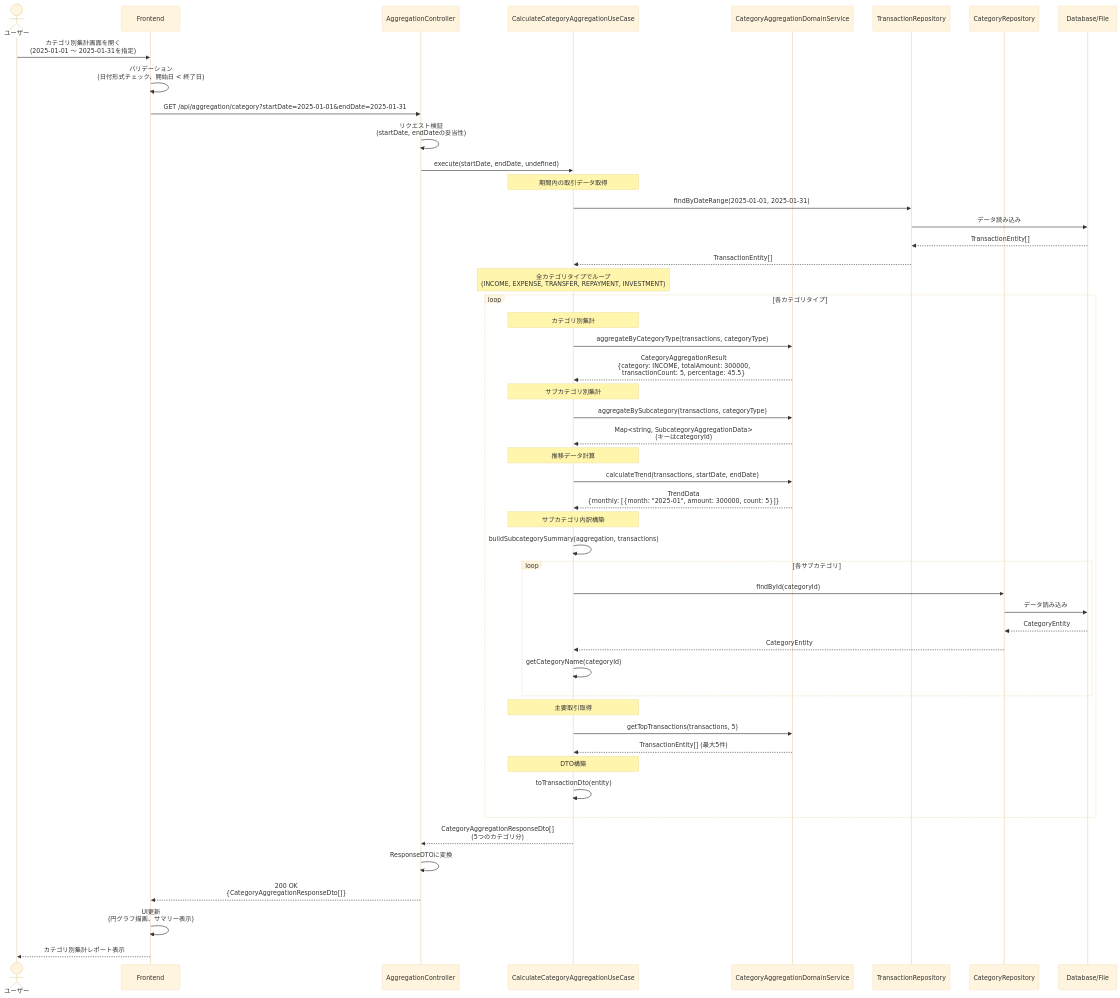
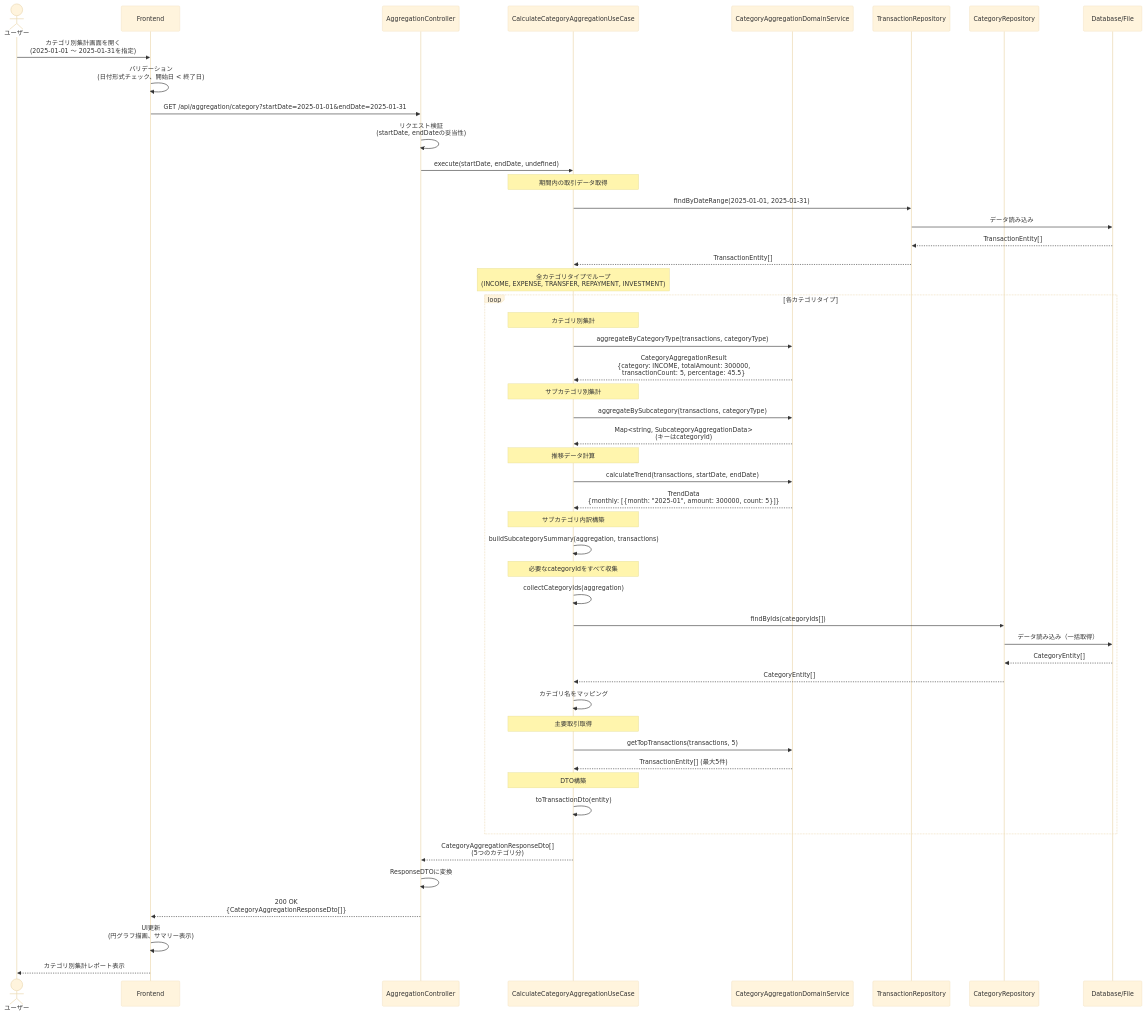
Before and after one commit to kencom2400/account-book: the first of 5 diagrams in docs/detailed-design/FR-018_category-aggregation/sequence-diagrams.md, drawn with Mermaid (base theme). The commit also changed other lines of this file, not shown here.

Commit message:
docs: Gemini指摘対応 - N+1問題を解決するためfindByIdsメソッドを追加
シーケンス図でサブカテゴリごとにfindByIdを呼び出していたN+1問題を解決。
ICategoryRepositoryにfindByIdsメソッドを追加し、必要なcategoryIdを一括取得する方式に変更。

Issue: #47

````diff
--- a/docs/detailed-design/FR-018_category-aggregation/sequence-diagrams.md
+++ b/docs/detailed-design/FR-018_category-aggregation/sequence-diagrams.md
@@ -34,63 +34,63 @@
 ```mermaid
 sequenceDiagram
     actor User as ユーザー
     participant FE as Frontend
     participant API as AggregationController
     participant UC as CalculateCategoryAggregationUseCase
     participant DS as CategoryAggregationDomainService
     participant TRepo as TransactionRepository
     participant CRepo as CategoryRepository
     participant DB as Database/File
 
     User->>FE: カテゴリ別集計画面を開く<br/>(2025-01-01 〜 2025-01-31を指定)
     FE->>FE: バリデーション<br/>(日付形式チェック、開始日 < 終了日)
     FE->>API: GET /api/aggregation/category?startDate=2025-01-01&endDate=2025-01-31
 
     API->>API: リクエスト検証<br/>(startDate, endDateの妥当性)
     API->>UC: execute(startDate, endDate, undefined)
 
     Note over UC: 期間内の取引データ取得
     UC->>TRepo: findByDateRange(2025-01-01, 2025-01-31)
     TRepo->>DB: データ読み込み
     DB-->>TRepo: TransactionEntity[]
     TRepo-->>UC: TransactionEntity[]
 
     Note over UC: 全カテゴリタイプでループ<br/>(INCOME, EXPENSE, TRANSFER, REPAYMENT, INVESTMENT)
     loop 各カテゴリタイプ
         Note over UC: カテゴリ別集計
         UC->>DS: aggregateByCategoryType(transactions, categoryType)
         DS-->>UC: CategoryAggregationResult<br/>{category: INCOME, totalAmount: 300000,<br/>transactionCount: 5, percentage: 45.5}
 
         Note over UC: サブカテゴリ別集計
         UC->>DS: aggregateBySubcategory(transactions, categoryType)
         DS-->>UC: Map<string, SubcategoryAggregationData><br/>(キーはcategoryId)
 
         Note over UC: 推移データ計算
         UC->>DS: calculateTrend(transactions, startDate, endDate)
         DS-->>UC: TrendData<br/>{monthly: [{month: "2025-01", amount: 300000, count: 5}]}
 
         Note over UC: サブカテゴリ内訳構築
         UC->>UC: buildSubcategorySummary(aggregation, transactions)
-        loop 各サブカテゴリ
-            UC->>CRepo: findById(categoryId)
-            CRepo->>DB: データ読み込み
-            DB-->>CRepo: CategoryEntity
-            CRepo-->>UC: CategoryEntity
-            UC->>UC: getCategoryName(categoryId)
-        end
+        Note over UC: 必要なcategoryIdをすべて収集
+        UC->>UC: collectCategoryIds(aggregation)
+        UC->>CRepo: findByIds(categoryIds[])
+        CRepo->>DB: データ読み込み（一括取得）
+        DB-->>CRepo: CategoryEntity[]
+        CRepo-->>UC: CategoryEntity[]
+        UC->>UC: カテゴリ名をマッピング
 
         Note over UC: 主要取引取得
         UC->>DS: getTopTransactions(transactions, 5)
         DS-->>UC: TransactionEntity[] (最大5件)
 
         Note over UC: DTO構築
         UC->>UC: toTransactionDto(entity)
     end
 
     UC-->>API: CategoryAggregationResponseDto[]<br/>(5つのカテゴリ分)
 
     API->>API: ResponseDTOに変換
     API-->>FE: 200 OK<br/>{CategoryAggregationResponseDto[]}
     FE->>FE: UI更新<br/>(円グラフ描画、サマリー表示)
     FE-->>User: カテゴリ別集計レポート表示
 ```
````
